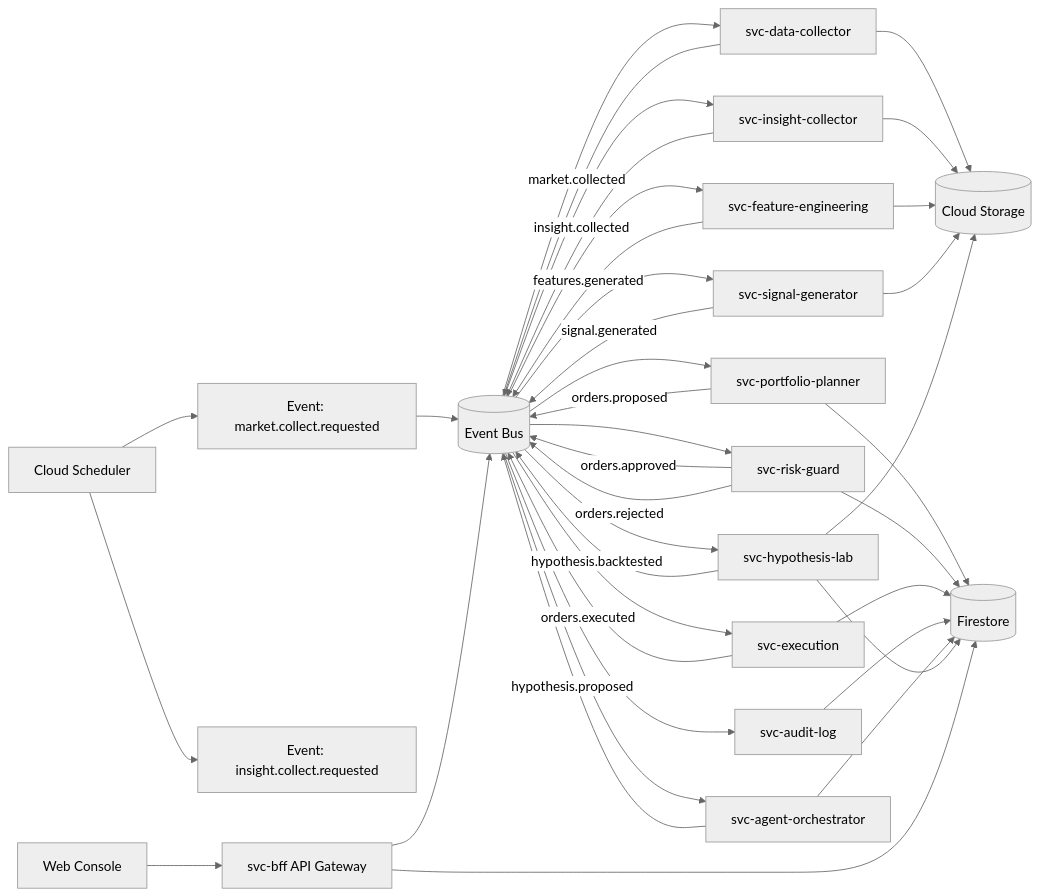
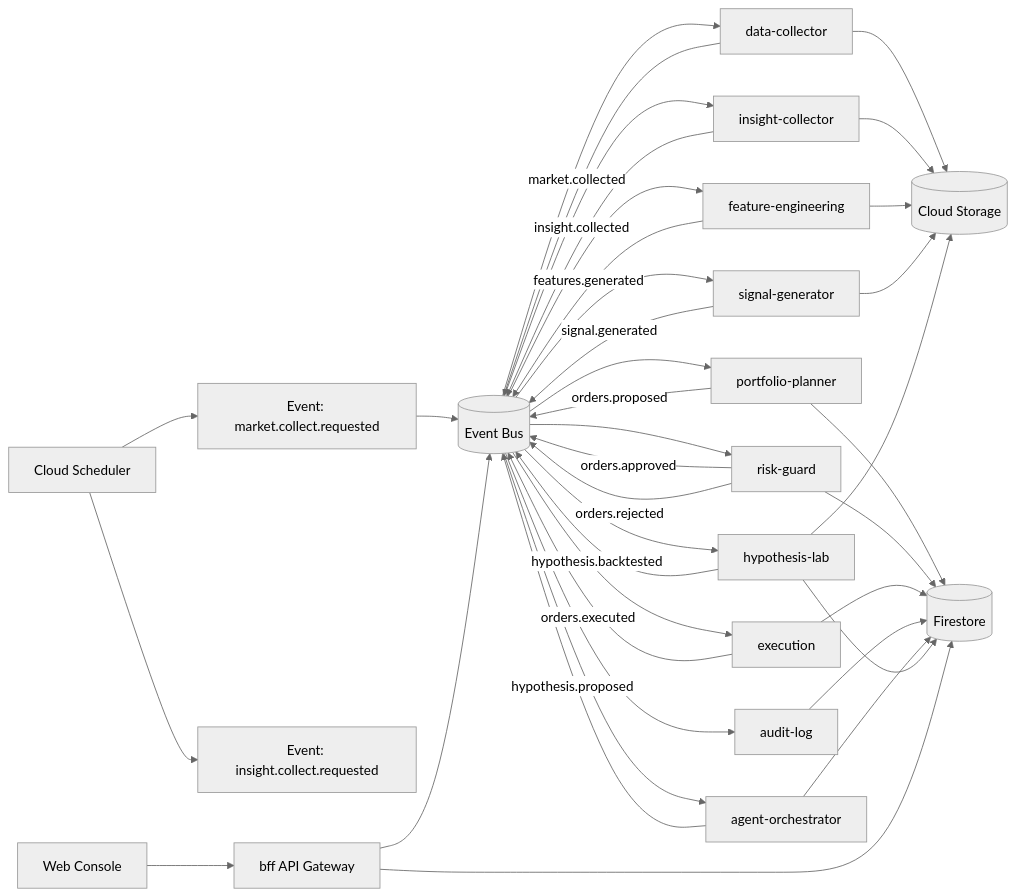
One commit to lihs-ie/alpha-mind changed the diagram in documents/機能仕様書.md. Above: the diagram before and after it, drawn with Mermaid (neutral theme). The commit also changed other lines of this file and 199 other files, not shown here.

````diff
--- a/documents/機能仕様書.md
+++ b/documents/機能仕様書.md
@@ -85,43 +85,43 @@
 ```mermaid
 flowchart LR
   SCH[Cloud Scheduler] --> EV1[Event: market.collect.requested]
   EV1 --> BUS[(Event Bus)]
   SCH --> EV2[Event: insight.collect.requested]
 
-  BUS --> DC[svc-data-collector]
+  BUS --> DC[data-collector]
   DC -->|market.collected| BUS
-  BUS --> IC[svc-insight-collector]
+  BUS --> IC[insight-collector]
   IC -->|insight.collected| BUS
-  BUS --> FE[svc-feature-engineering]
+  BUS --> FE[feature-engineering]
   FE -->|features.generated| BUS
-  BUS --> AO[svc-agent-orchestrator]
+  BUS --> AO[agent-orchestrator]
   AO -->|hypothesis.proposed| BUS
-  BUS --> SG[svc-signal-generator]
+  BUS --> SG[signal-generator]
   SG -->|signal.generated| BUS
-  BUS --> HL[svc-hypothesis-lab]
+  BUS --> HL[hypothesis-lab]
   HL -->|hypothesis.backtested| BUS
-  BUS --> PL[svc-portfolio-planner]
+  BUS --> PL[portfolio-planner]
   PL -->|orders.proposed| BUS
-  BUS --> RK[svc-risk-guard]
+  BUS --> RK[risk-guard]
   RK -->|orders.approved| BUS
   RK -->|orders.rejected| BUS
-  BUS --> EX[svc-execution]
+  BUS --> EX[execution]
   EX -->|orders.executed| BUS
-  BUS --> AU[svc-audit-log]
+  BUS --> AU[audit-log]
 
   DC --> GCS[(Cloud Storage)]
   IC --> GCS
   FE --> GCS
   SG --> GCS
   HL --> GCS
   PL --> FDB[(Firestore)]
   RK --> FDB
   EX --> FDB
   AU --> FDB
   AO --> FDB
   HL --> FDB
 
-  UI[Web Console] --> BFF[svc-bff API Gateway]
+  UI[Web Console] --> BFF[bff API Gateway]
   BFF --> FDB
   BFF --> BUS
 ```
````
